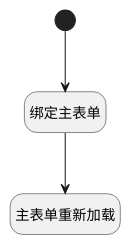
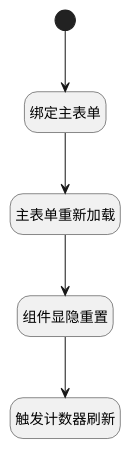
Before and after one commit to iBizLab/plm: the diagram in doc/docsify/module/Base/version/uilogic/version_change_after_refresh.md, drawn with PlantUML. The commit also changed other lines of this file and 818 other files, not shown here.

````diff
--- a/doc/docsify/module/Base/version/uilogic/version_change_after_refresh.md
+++ b/doc/docsify/module/Base/version/uilogic/version_change_after_refresh.md
@@ -7,21 +7,25 @@
 ```plantuml
 @startuml
 hide footbox
 <style>
 root {
   HyperlinkColor #42b983
 }
 </style>
 
 hide empty description
 state "开始" as Begin <<start>> [[$./version_change_after_refresh#begin {开始}]]
+state "绑定主表单" as PREPAREJSPARAM1  [[$./version_change_after_refresh#preparejsparam1 {绑定主表单}]]
 state "主表单重新加载" as VIEWCTRLINVOKE1  [[$./version_change_after_refresh#viewctrlinvoke1 {主表单重新加载}]]
-state "绑定主表单" as PREPAREJSPARAM1  [[$./version_change_after_refresh#preparejsparam1 {绑定主表单}]]
+state "触发计数器刷新" as RAWJSCODE2  [[$./version_change_after_refresh#rawjscode2 {触发计数器刷新}]]
+state "组件显隐重置" as RAWJSCODE1  [[$./version_change_after_refresh#rawjscode1 {组件显隐重置}]]
 
 
 Begin --> PREPAREJSPARAM1
 PREPAREJSPARAM1 --> VIEWCTRLINVOKE1
+VIEWCTRLINVOKE1 --> RAWJSCODE1
+RAWJSCODE1 --> RAWJSCODE2
 
 
 @enduml
 ```
````
